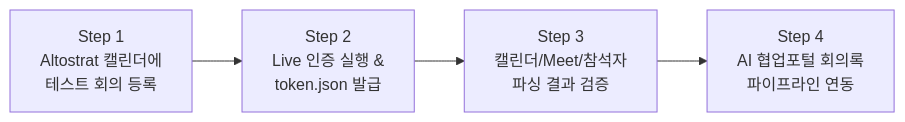
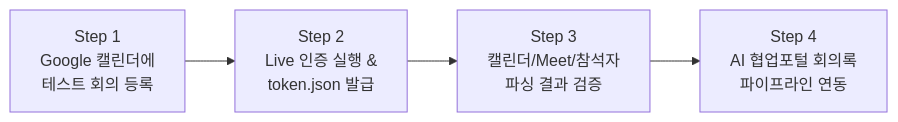
One commit to Jhko0404/enterprise-collaborate-portal changed the diagram in gg_calendar/STEP_BY_STEP_TEST_GUIDE.md. Above: the diagram before and after it, drawn with Mermaid. The commit also changed other lines of this file and 1 other file, not shown here.

Commit message:
docs: sanitize Altostrat domain references to generic Google Workspace

````diff
--- a/gg_calendar/STEP_BY_STEP_TEST_GUIDE.md
+++ b/gg_calendar/STEP_BY_STEP_TEST_GUIDE.md
@@ -11,6 +11,6 @@
 ```mermaid
 flowchart LR
-    Step1["Step 1\nAltostrat 캘린더에\n테스트 회의 등록"] --> Step2["Step 2\nLive 인증 실행 &\ntoken.json 발급"]
-    Step2 --> Step3["Step 3\n캘린더/Meet/참석자\n파싱 결과 검증"]
-    Step3 --> Step4["Step 4\nAI 협업포털 회의록\n파이프라인 연동"]
+    Step1["Step 1<br/>Google 캘린더에<br/>테스트 회의 등록"] --> Step2["Step 2<br/>Live 인증 실행 &<br/>token.json 발급"]
+    Step2 --> Step3["Step 3<br/>캘린더/Meet/참석자<br/>파싱 결과 검증"]
+    Step3 --> Step4["Step 4<br/>AI 협업포털 회의록<br/>파이프라인 연동"]
 ```
````
